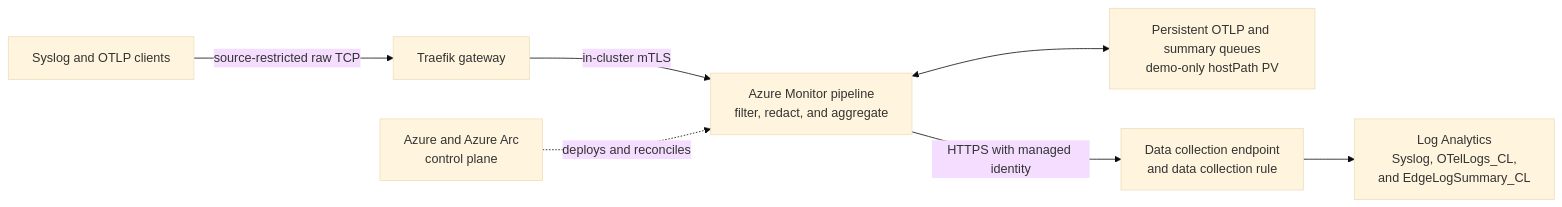
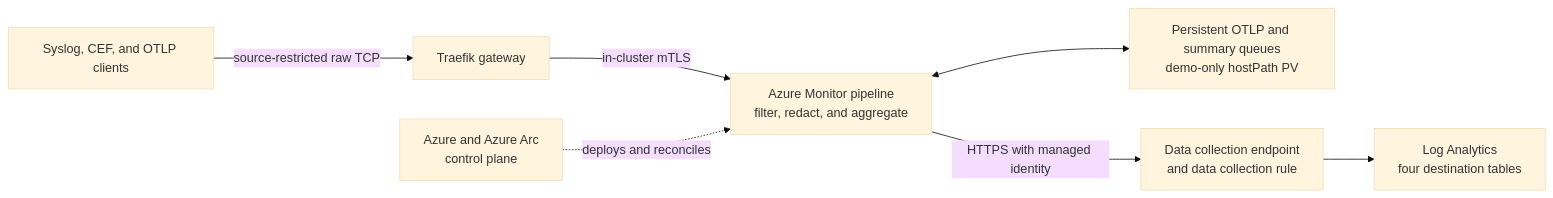
One commit to kasimrehman/azmon-pipeline-demo changed the first of 4 diagrams in docs/architecture.md. Above: the diagram before and after it, drawn with Mermaid (base theme). The commit also changed other lines of this file and 10 other files, not shown here.

````diff
--- a/docs/architecture.md
+++ b/docs/architecture.md
@@ -13,17 +13,17 @@
 ```mermaid
 flowchart LR
-    clients[Syslog and OTLP clients]
+    clients[Syslog, CEF, and OTLP clients]
     gateway[Traefik gateway]
     pipeline[Azure Monitor pipeline<br/>filter, redact, and aggregate]
     buffer[Persistent OTLP and summary queues<br/>demo-only hostPath PV]
     ingestion[Data collection endpoint<br/>and data collection rule]
-    logs[Log Analytics<br/>Syslog, OTelLogs_CL,<br/>and EdgeLogSummary_CL]
+    logs[Log Analytics<br/>four destination tables]
     azure[Azure and Azure Arc<br/>control plane]
 
     clients -->|source-restricted raw TCP| gateway
     gateway -->|in-cluster mTLS| pipeline
     pipeline <--> buffer
     pipeline -->|HTTPS with managed identity| ingestion
     ingestion --> logs
     azure -. deploys and reconciles .-> pipeline
 ```
````
